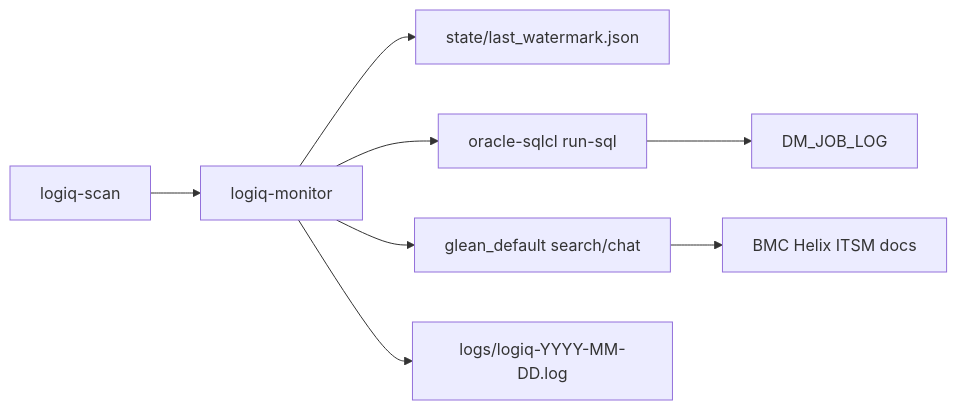
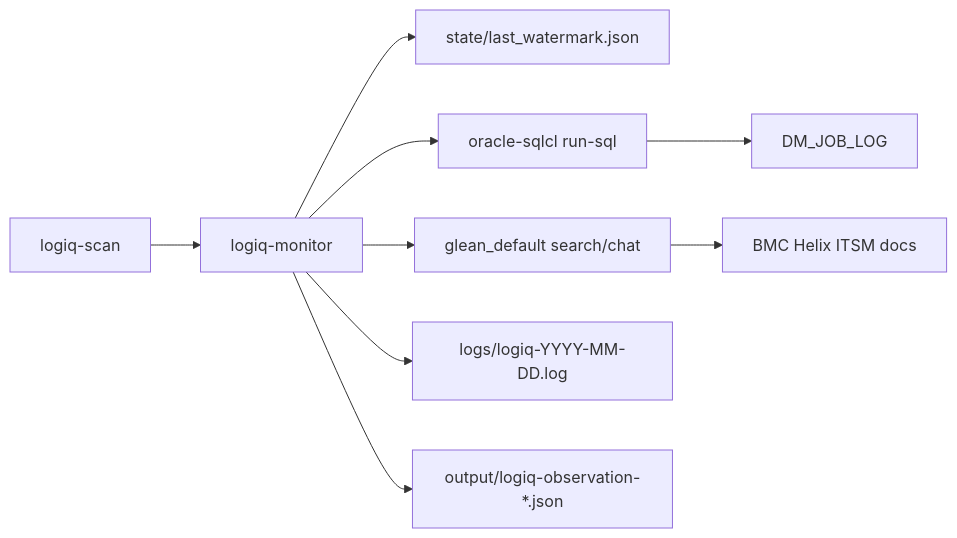
Before and after one commit to Vikash3397/FAM_LOGIQ: the diagram in README.md, drawn with Mermaid. The commit also changed other lines of this file and 6 other files, not shown here.

````diff
--- a/README.md
+++ b/README.md
@@ -42,10 +42,11 @@
 ```mermaid
 flowchart LR
     Scan[logiq-scan] --> Agent[logiq-monitor]
     Agent --> Watermark[state/last_watermark.json]
     Agent --> DB[oracle-sqlcl run-sql]
     DB --> DMJobLog[DM_JOB_LOG]
     Agent --> Glean[glean_default search/chat]
     Glean --> Helix[BMC Helix ITSM docs]
     Agent --> LogFile[logs/logiq-YYYY-MM-DD.log]
+    Agent --> OutputFile[output/logiq-observation-*.json]
 ```
````
